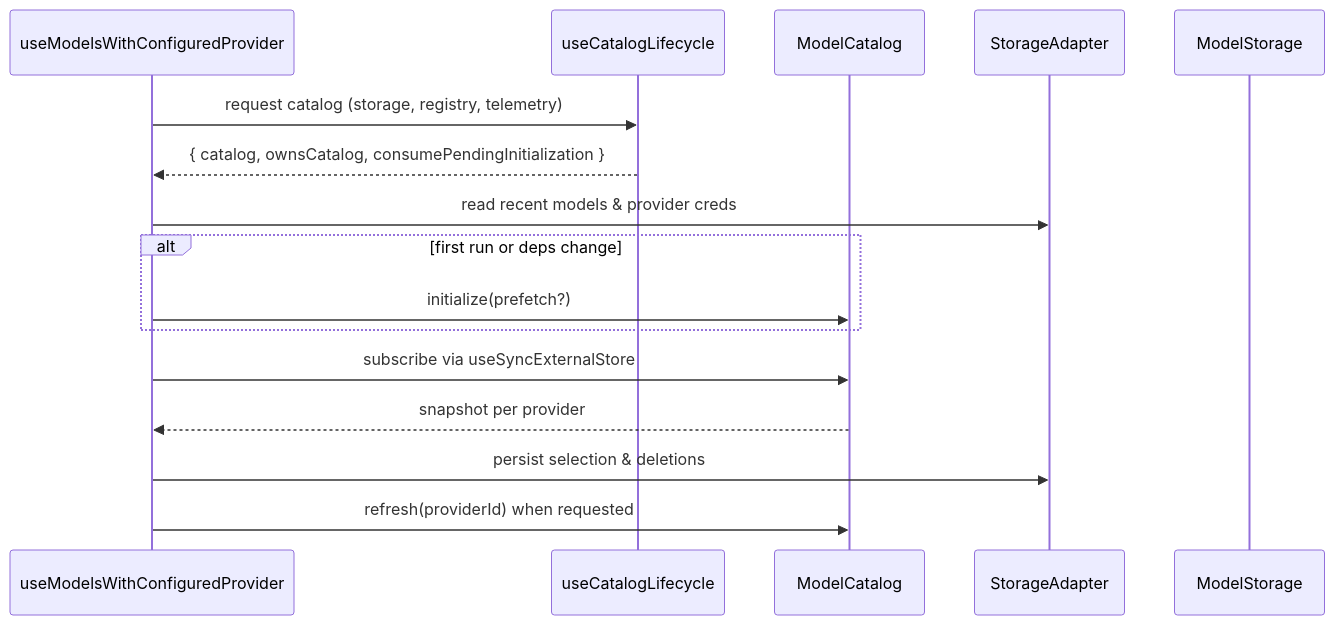
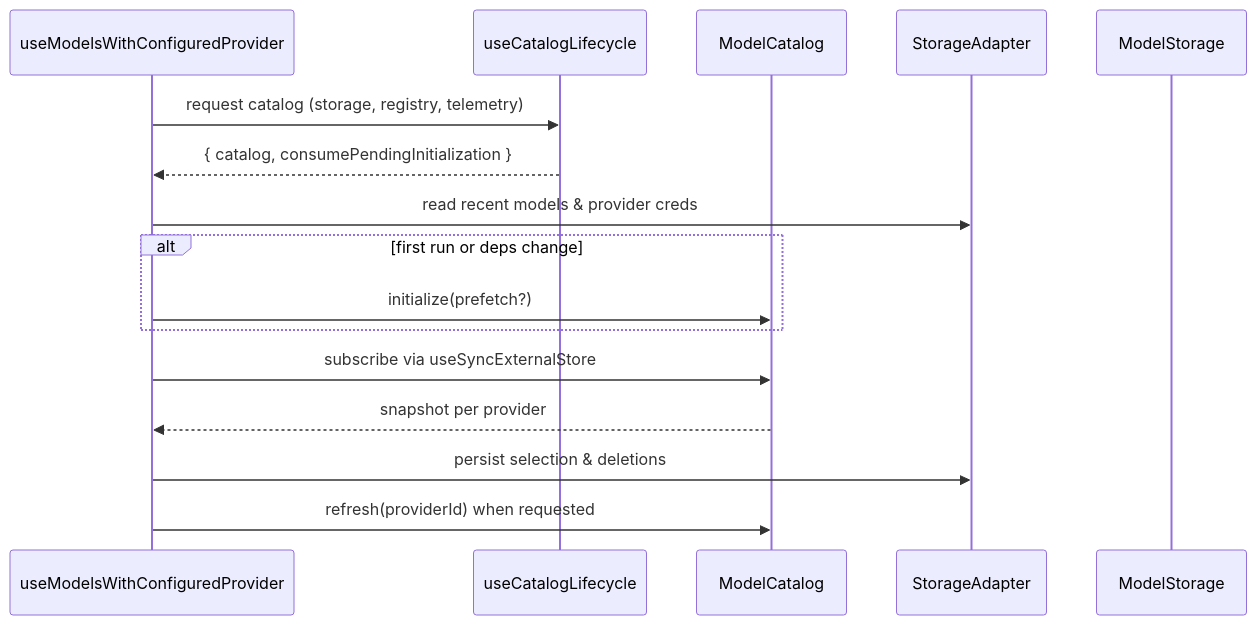
One commit to hbmartin/ai-sdk-react-model-picker changed the second of 7 diagrams in docs/catalog-architecture.md. Above: the diagram before and after it, drawn with Mermaid. The commit also changed other lines of this file and 6 other files, not shown here.

````diff
--- a/docs/catalog-architecture.md
+++ b/docs/catalog-architecture.md
@@ -59,19 +59,19 @@
 ```mermaid
 sequenceDiagram
   participant Hook as useModelsWithConfiguredProvider
   participant Lifecycle as useCatalogLifecycle
   participant Catalog as ModelCatalog
   participant Storage as StorageAdapter
   participant ModelStorage as ModelStorage
 
   Hook->>Lifecycle: request catalog (storage, registry, telemetry)
-  Lifecycle-->>Hook: { catalog, ownsCatalog, consumePendingInitialization }
+  Lifecycle-->>Hook: { catalog, consumePendingInitialization }
   Hook->>Storage: read recent models & provider creds
   alt first run or deps change
     Hook->>Catalog: initialize(prefetch?)
   end
   Hook->>Catalog: subscribe via useSyncExternalStore
   Catalog-->>Hook: snapshot per provider
   Hook->>Storage: persist selection & deletions
   Hook->>Catalog: refresh(providerId) when requested
 ```
````
